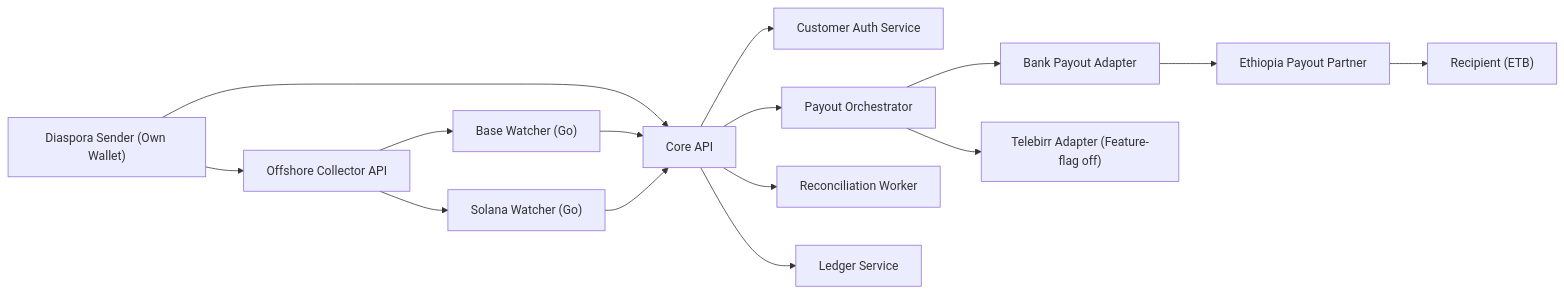
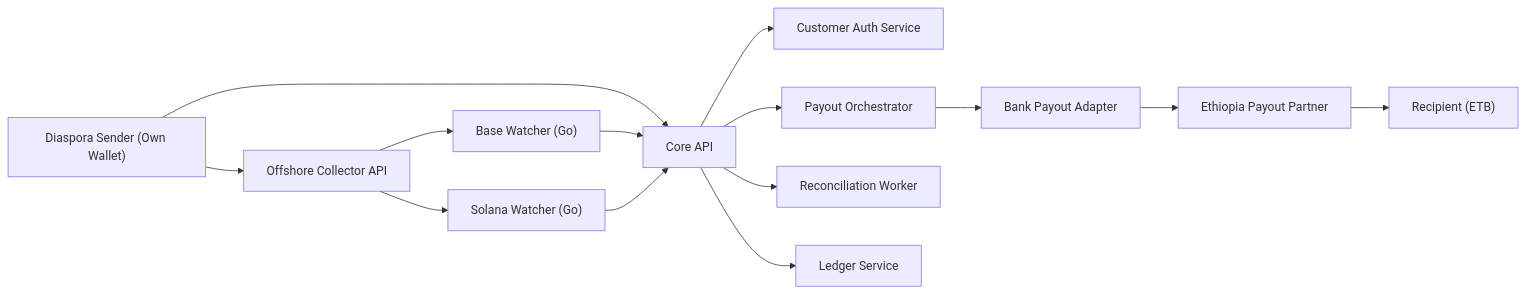
The first of 5 diagrams in system_design.md (ephremdeme/glowing-train), drawn with Mermaid before and after one commit. The commit also changed other lines of this file and 15 other files, not shown here.

````diff
--- a/system_design.md
+++ b/system_design.md
@@ -6,17 +6,16 @@
 ```mermaid
 flowchart LR
     sender["Diaspora Sender (Own Wallet)"] --> collector["Offshore Collector API"]
     sender --> core["Core API"]
     core --> custAuth["Customer Auth Service"]
     collector --> baseWatcher["Base Watcher (Go)"]
     collector --> solWatcher["Solana Watcher (Go)"]
     baseWatcher --> core["Core API"]
     solWatcher --> core
     core --> payoutOrch["Payout Orchestrator"]
     payoutOrch --> bank["Bank Payout Adapter"]
-    payoutOrch --> telebirr["Telebirr Adapter (Feature-flag off)"]
     bank --> partner["Ethiopia Payout Partner"]
     partner --> recipient["Recipient (ETB)"]
     core --> recon["Reconciliation Worker"]
     core --> ledger["Ledger Service"]
 ```
````
